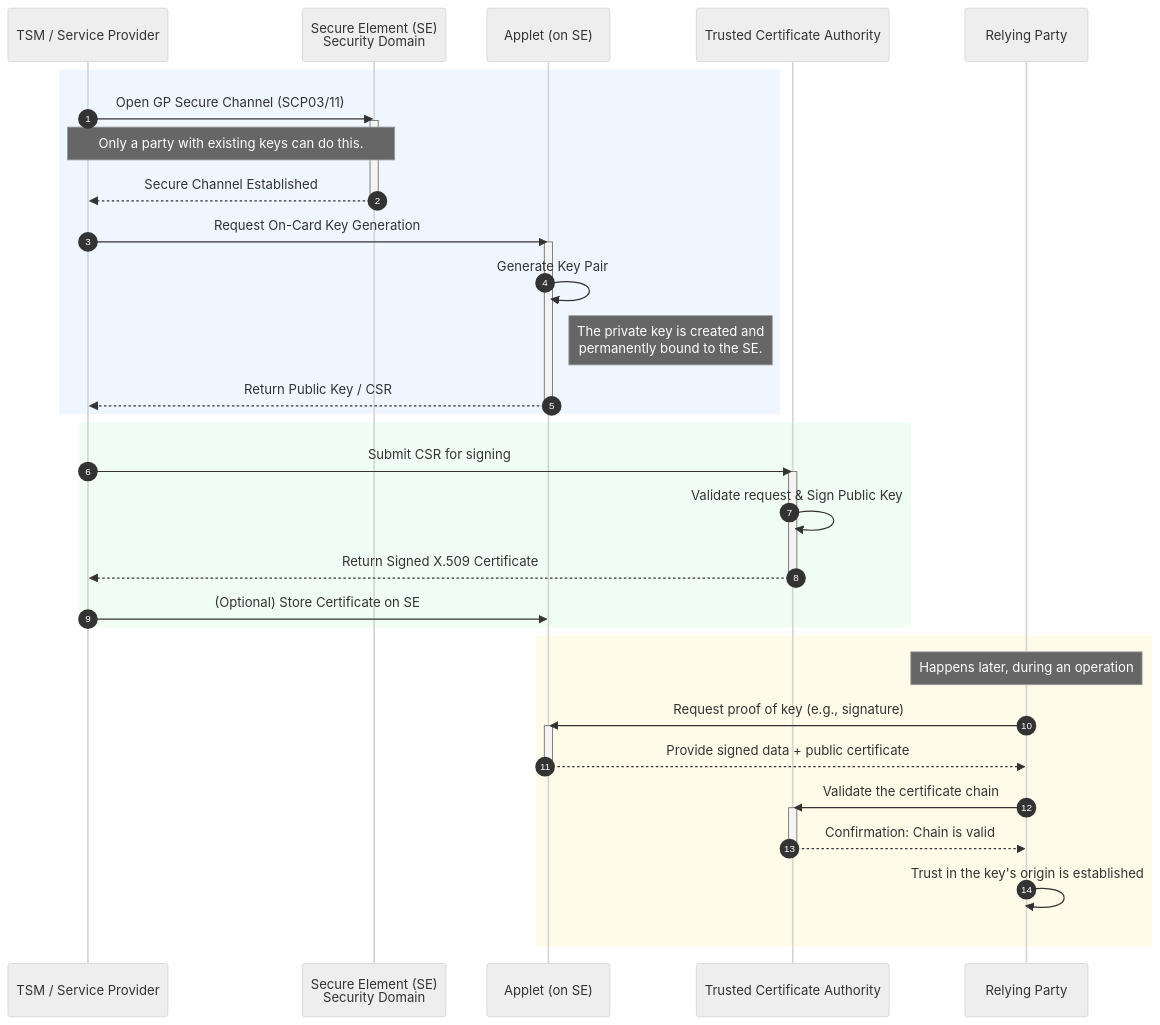
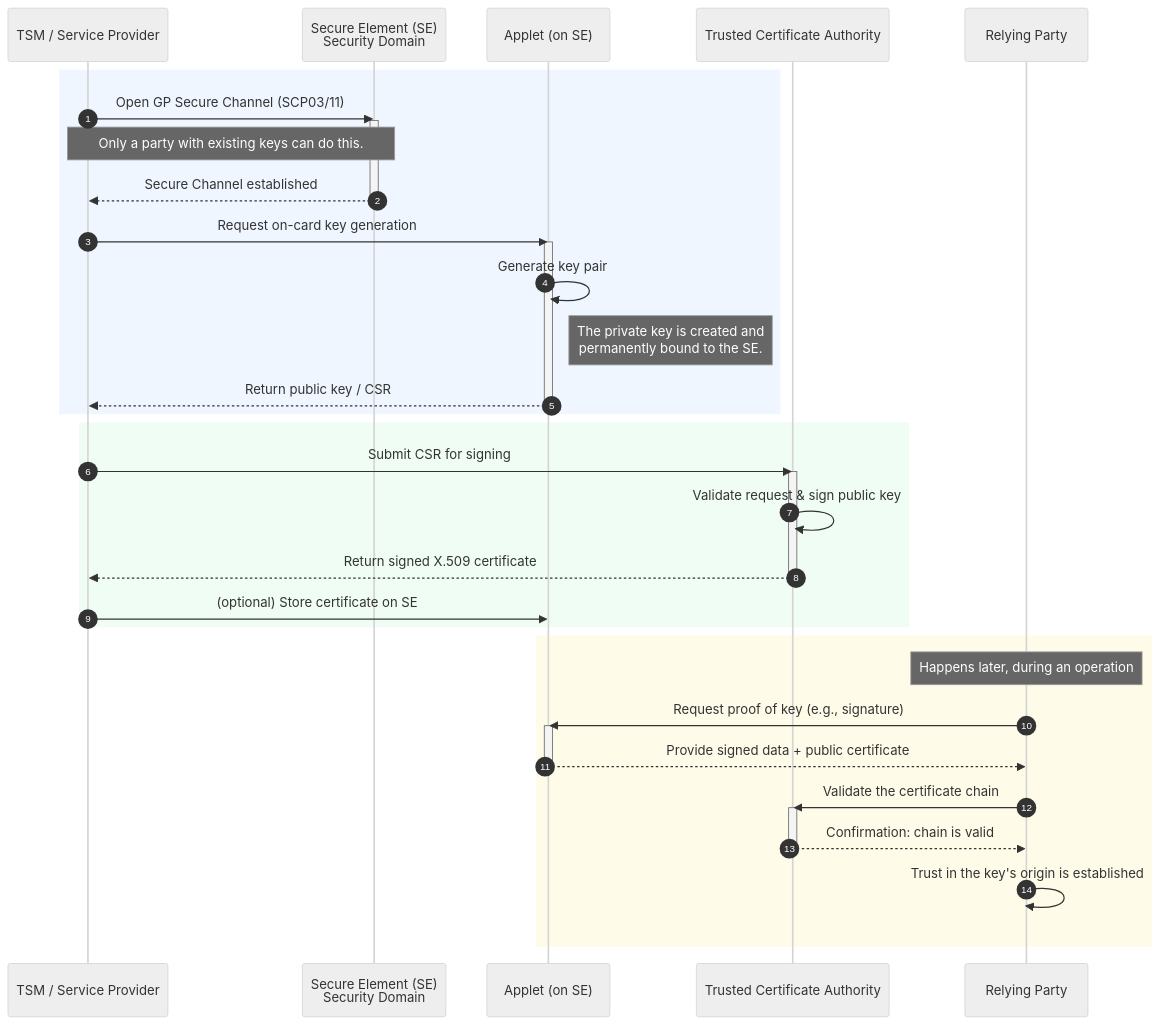
Before and after one commit to nnworkspace/android-key-attestation: the first of 2 diagrams in slides.md, drawn with Mermaid (neutral theme). The commit also changed other lines of this file, not shown here.

Commit message:
make the case consistent in mermaid sequence diagrams.

````diff
--- a/slides.md
+++ b/slides.md
@@ -148,53 +148,53 @@
 ```mermaid
 sequenceDiagram
     autonumber
     participant TSM as TSM / Service Provider
     participant SE as Secure Element (SE)<br/>Security Domain
     participant Applet as Applet (on SE)
     participant CA as Trusted Certificate Authority
     participant RP as Relying Party
 
     %% -- 1. Secure Channel & Key Generation --
     rect rgb(239, 246, 255)
         TSM->>SE: Open GP Secure Channel (SCP03/11)
         activate SE
         note over TSM, SE: Only a party with existing keys can do this.
-        SE-->>TSM: Secure Channel Established
+        SE-->>TSM: Secure Channel established
         deactivate SE
 
-        TSM->>Applet: Request On-Card Key Generation
+        TSM->>Applet: Request on-card key generation
         activate Applet
-        Applet->>Applet: Generate Key Pair
+        Applet->>Applet: Generate key pair
         note right of Applet: The private key is created and<br/>permanently bound to the SE.
-        Applet-->>TSM: Return Public Key / CSR
+        Applet-->>TSM: Return public key / CSR
         deactivate Applet
     end
 
     %% -- 2. Certificate Issuance --
     rect rgb(240, 253, 244)
         TSM->>CA: Submit CSR for signing
         activate CA
-        CA->>CA: Validate request & Sign Public Key
-        CA-->>TSM: Return Signed X.509 Certificate
+        CA->>CA: Validate request & sign public key
+        CA-->>TSM: Return signed X.509 certificate
         deactivate CA
 
-        TSM->>Applet: (Optional) Store Certificate on SE
+        TSM->>Applet: (optional) Store certificate on SE
     end
 
 
     %% -- 3. Later Validation by a Relying Party --
     rect rgb(254, 252, 232)
         note over RP: Happens later, during an operation
         RP->>Applet: Request proof of key (e.g., signature)
         activate Applet
         Applet-->>RP: Provide signed data + public certificate
         deactivate Applet
 
         RP->>CA: Validate the certificate chain
         activate CA
-        CA-->>RP: Confirmation: Chain is valid
+        CA-->>RP: Confirmation: chain is valid
         deactivate CA
 
         RP->>RP: Trust in the key's origin is established
     end
 ```
````
